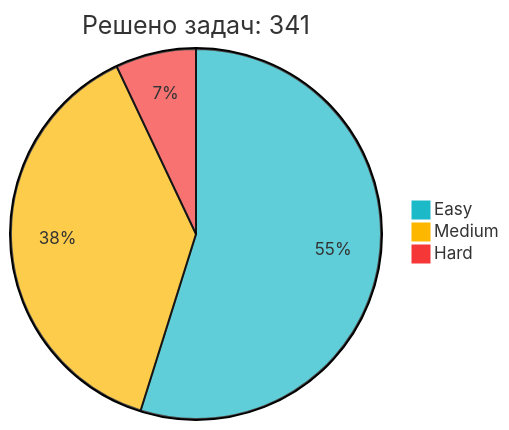
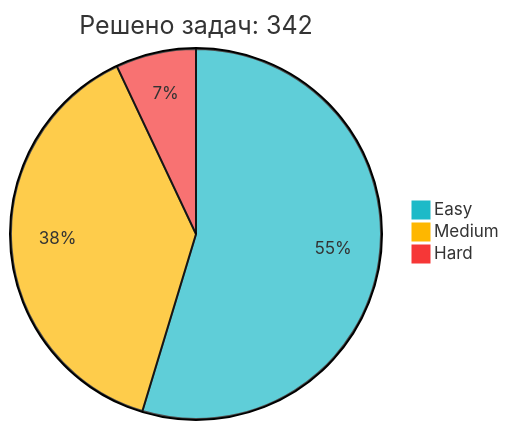
Before and after one commit to IliaKurdukov/IliaKurdukov: the diagram in README.md, drawn with Mermaid. The commit also changed other lines of this file, not shown here.

Commit message:
📈 Обновление статистики LeetCode

````diff
--- a/README.md
+++ b/README.md
@@ -51,7 +51,7 @@
 ```mermaid
 %%{init: {'theme': 'base', 'themeVariables': { 'pie1': '#1CBAC8', 'pie2': '#FEB700', 'pie3': '#F63737' }, 'config': {'width': 300, 'height': 200}}}%%
-pie title Решено задач: 341
+pie title Решено задач: 342
    "Easy" : 187
-   "Medium" : 130
+   "Medium" : 131
    "Hard" : 24
 ```
````
